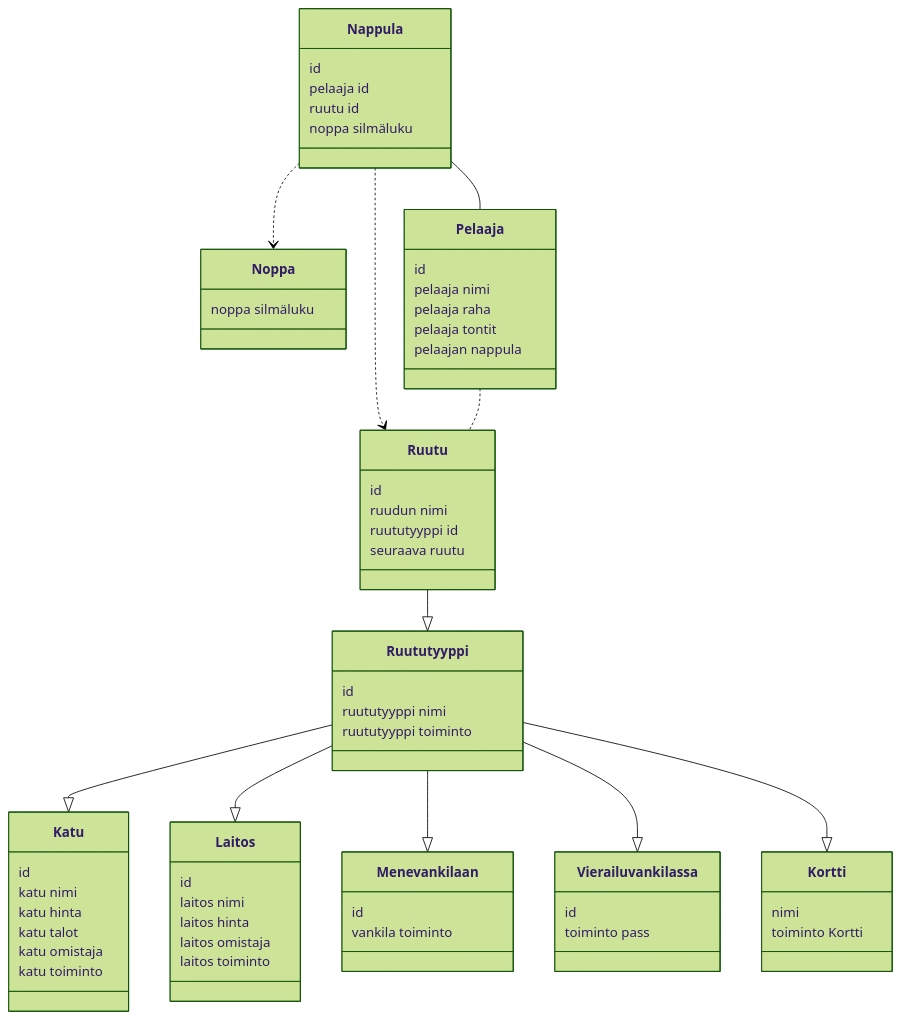
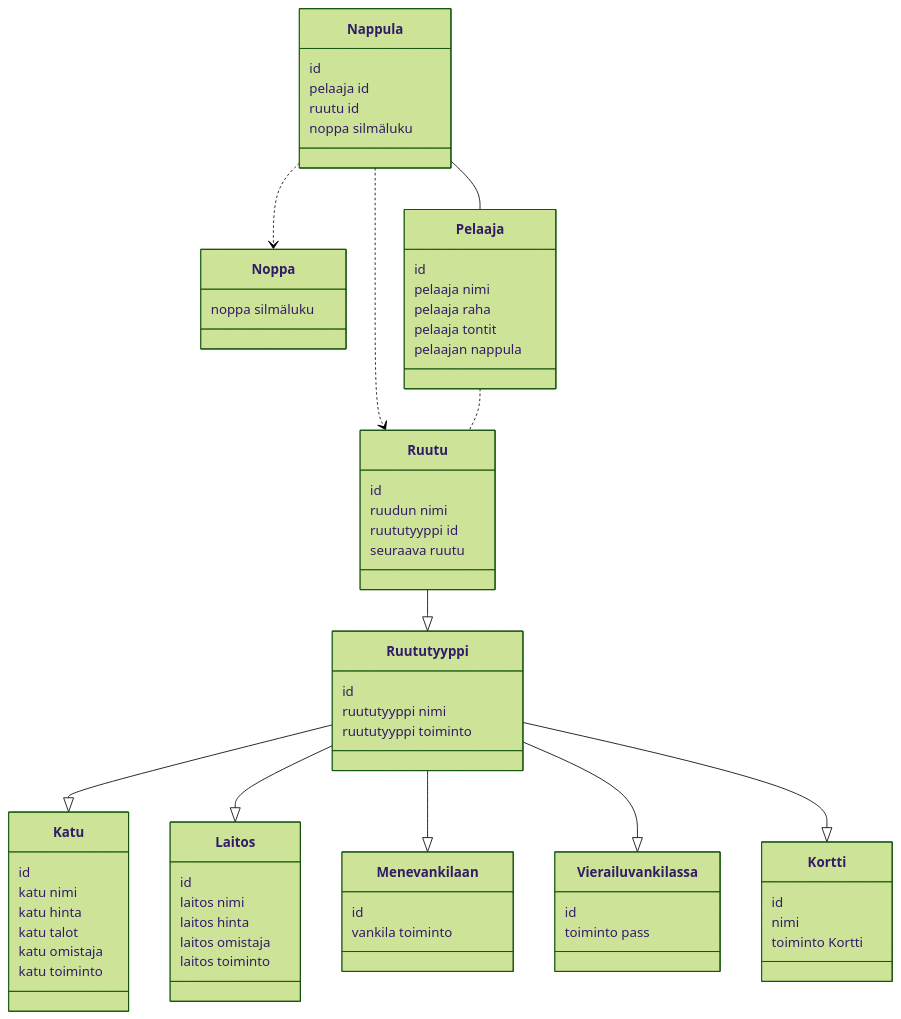
One commit to asomaki/ot-harjoitustyo changed the diagram in laskarit/viikko3/monopoli.md. Above: the diagram before and after it, drawn with Mermaid (forest theme).

Commit message:
monopolin luokat

````diff
--- a/laskarit/viikko3/monopoli.md
+++ b/laskarit/viikko3/monopoli.md
@@ -2,77 +2,78 @@
 ```mermaid
 classDiagram
         Nappula ..> Ruutu
         Nappula ..> Noppa
         Nappula -- Pelaaja
         Pelaaja .. Ruutu
 	Ruutu --|> Ruututyyppi
 	Ruututyyppi --|> Katu
 	Ruututyyppi --|> Laitos
 	Ruututyyppi --|> Mene vankilaan
 	Ruututyyppi --|> Vierailu vankilassa
 	Ruututyyppi --|> Kortti
 
 
         class Nappula{
             id
             pelaaja id
             ruutu id
             noppa silmäluku
         }
 
         class Ruutu{
             id
             ruudun nimi
 	    ruututyyppi id
             seuraava ruutu
         }
 
         class Ruututyyppi{
 	    id
 	    ruututyyppi nimi
 	    ruututyyppi toiminto
 	}
 
 	class Katu{
 	    id
 	    katu nimi
 	    katu hinta
 	    katu talot
 	    katu omistaja
 	    katu toiminto
         }
 
 	class Mene vankilaan{
 	    id
 	    vankila toiminto
 	}
 
 	class Vierailu vankilassa{
 	    id
 	    toiminto pass
 	}
 
 	class Laitos{
 	    id
 	    laitos nimi
 	    laitos hinta
 	    laitos omistaja
 	    laitos toiminto
         }
 	
 	class Kortti{
+	    id
 	    nimi
 	    toiminto Kortti
 	}
 
 	class Noppa{
             noppa silmäluku
         }
         class Pelaaja{
             id
             pelaaja nimi
             pelaaja raha
             pelaaja tontit
             pelaajan nappula    
         }
 ```
````
